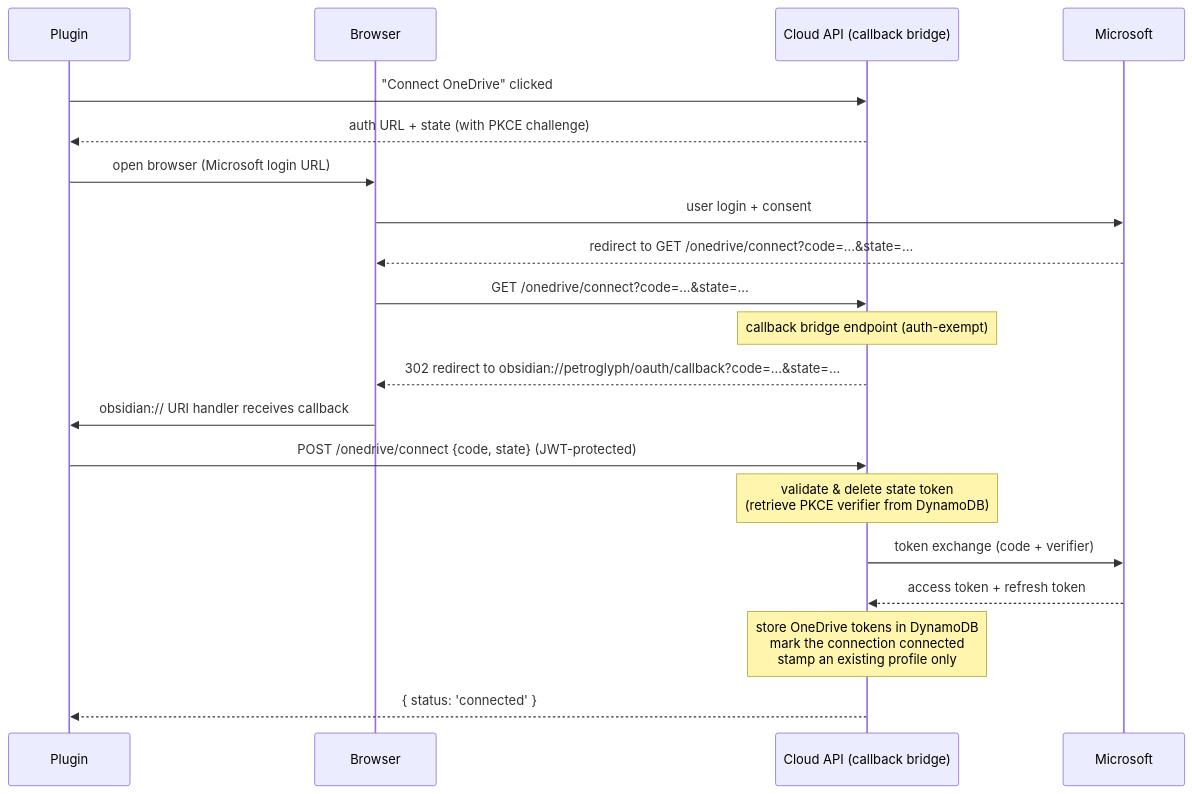
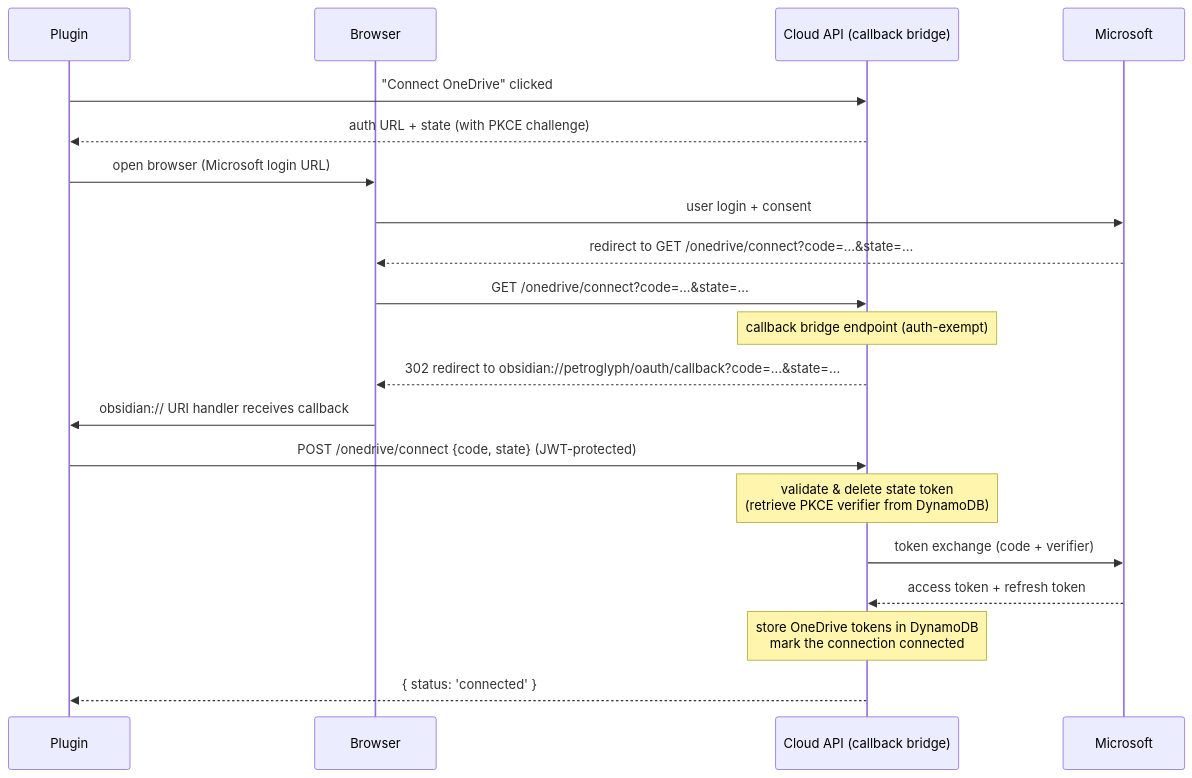
Before and after one commit to jaybeeuu/petroglyph: the second of 3 diagrams in docs/authentication.md, drawn with Mermaid. The commit also changed other lines of this file and 7 other files, not shown here.

First line of the commit message:
fix(petroglyph-bw3p): start the poll on first profile and keep the presence mark best-effort

````diff
--- a/docs/authentication.md
+++ b/docs/authentication.md
@@ -202,23 +202,23 @@
 ```mermaid
 sequenceDiagram
     participant Plugin
     participant Browser
     participant CloudAPI as Cloud API (callback bridge)
     participant Microsoft
 
     Plugin->>CloudAPI: "Connect OneDrive" clicked
     CloudAPI-->>Plugin: auth URL + state (with PKCE challenge)
     Plugin->>Browser: open browser (Microsoft login URL)
     Browser->>Microsoft: user login + consent
     Microsoft-->>Browser: redirect to GET /onedrive/connect?code=...&state=...
     Browser->>CloudAPI: GET /onedrive/connect?code=...&state=...
     Note over CloudAPI: callback bridge endpoint (auth-exempt)
     CloudAPI-->>Browser: 302 redirect to obsidian://petroglyph/oauth/callback?code=...&state=...
     Browser->>Plugin: obsidian:// URI handler receives callback
     Plugin->>CloudAPI: POST /onedrive/connect {code, state} (JWT-protected)
     Note over CloudAPI: validate & delete state token<br/>(retrieve PKCE verifier from DynamoDB)
     CloudAPI->>Microsoft: token exchange (code + verifier)
     Microsoft-->>CloudAPI: access token + refresh token
-    Note over CloudAPI: store OneDrive tokens in DynamoDB<br/>mark the connection connected<br/>stamp an existing profile only
+    Note over CloudAPI: store OneDrive tokens in DynamoDB<br/>mark the connection connected
     CloudAPI-->>Plugin: { status: 'connected' }
 ```
````
